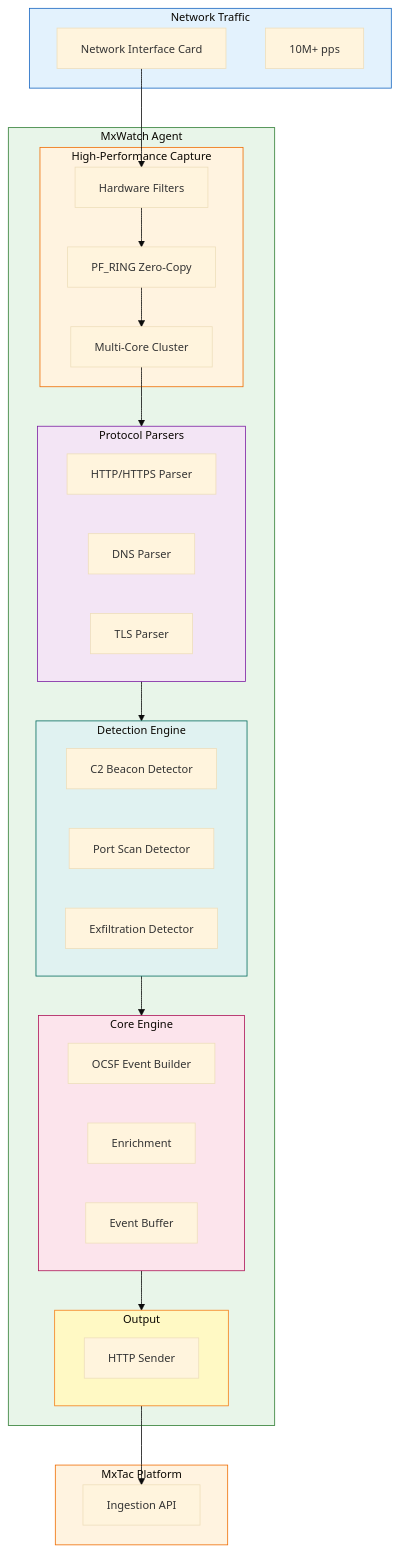
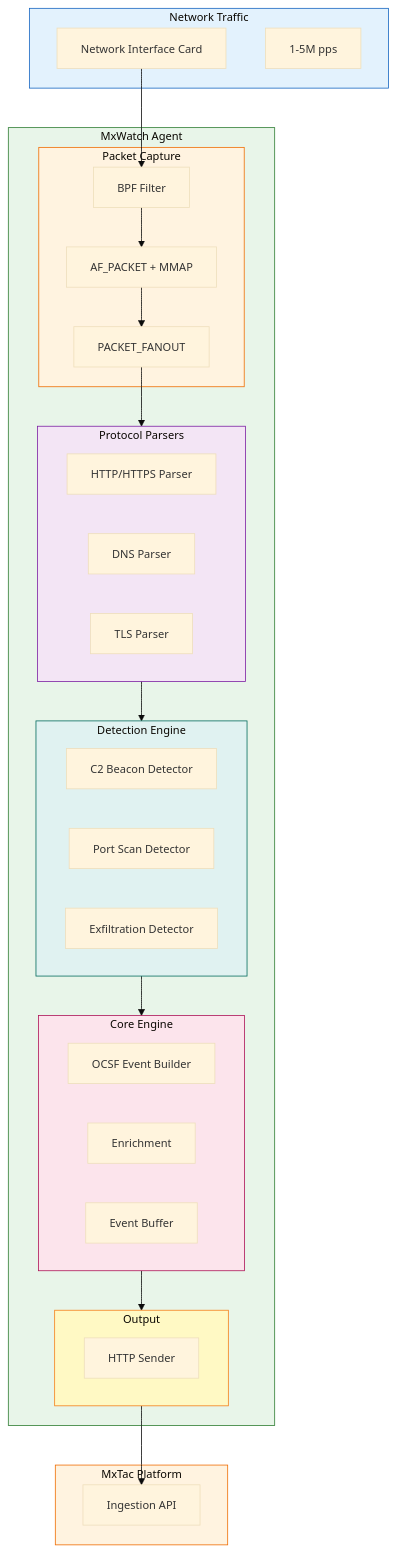
One commit to fankh/mxtac changed the first of 2 diagrams in agents/mxwatch/01-ARCHITECTURE.md. Above: the diagram before and after it, drawn with Mermaid. The commit also changed other lines of this file, not shown here.

Commit message:
fix(mxwatch): update high-level architecture diagram to reflect AF_PACKET changes
- Change PF_RING to AF_PACKET + MMAP in main architecture diagram
- Update packet throughput from 10M+ pps to 1-5M pps
- Replace Hardware Filters with BPF Filter
- Replace Multi-Core Cluster with PACKET_FANOUT
- Update component layers table
- Fix data flow: NIC → BPF → AF_PACKET → FANOUT → Parsers

````diff
--- a/agents/mxwatch/01-ARCHITECTURE.md
+++ b/agents/mxwatch/01-ARCHITECTURE.md
@@ -24,60 +24,60 @@
 ```mermaid
 %%{init: {'theme': 'base', 'themeVariables': { 'fontSize': '14px' }, 'flowchart': { 'useMaxWidth': true }}}%%
 flowchart TB
     subgraph Network["Network Traffic"]
         style Network fill:#e3f2fd,stroke:#1565c0
         NIC[Network Interface Card]
-        PACKETS[10M+ pps]
+        PACKETS[1-5M pps]
     end
 
     subgraph Agent["MxWatch Agent"]
         style Agent fill:#e8f5e9,stroke:#2e7d32
 
-        subgraph Capture["High-Performance Capture"]
+        subgraph Capture["Packet Capture"]
             style Capture fill:#fff3e0,stroke:#ef6c00
-            PFRING[PF_RING Zero-Copy]
-            HWFILTER[Hardware Filters]
-            CLUSTER[Multi-Core Cluster]
+            AFPACKET[AF_PACKET + MMAP]
+            BPF[BPF Filter]
+            FANOUT[PACKET_FANOUT]
         end
 
         subgraph Parsers["Protocol Parsers"]
             style Parsers fill:#f3e5f5,stroke:#7b1fa2
             HTTP[HTTP/HTTPS Parser]
             DNS[DNS Parser]
             TLS[TLS Parser]
         end
 
         subgraph Detection["Detection Engine"]
             style Detection fill:#e0f2f1,stroke:#00695c
             C2[C2 Beacon Detector]
             SCAN[Port Scan Detector]
             EXFIL[Exfiltration Detector]
         end
 
         subgraph Core["Core Engine"]
             style Core fill:#fce4ec,stroke:#ad1457
             BUILDER[OCSF Event Builder]
             ENRICH[Enrichment]
             BUFFER[Event Buffer]
         end
 
         subgraph Output["Output"]
             style Output fill:#fff9c4,stroke:#f57f17
             HTTP_OUT[HTTP Sender]
         end
     end
 
     subgraph Platform["MxTac Platform"]
         style Platform fill:#fff3e0,stroke:#ef6c00
         API[Ingestion API]
     end
 
-    NIC --> HWFILTER
-    HWFILTER --> PFRING
-    PFRING --> CLUSTER
-    CLUSTER --> Parsers
+    NIC --> BPF
+    BPF --> AFPACKET
+    AFPACKET --> FANOUT
+    FANOUT --> Parsers
     Parsers --> Detection
     Detection --> Core
     Core --> Output
     Output --> API
 ```
````
